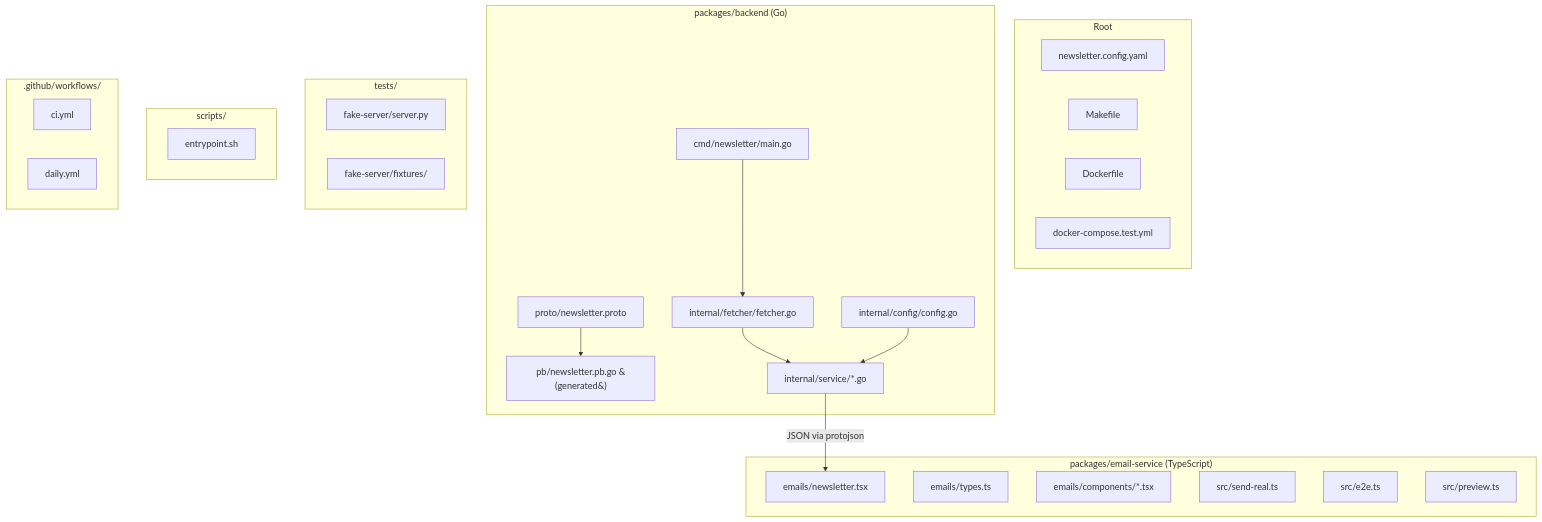
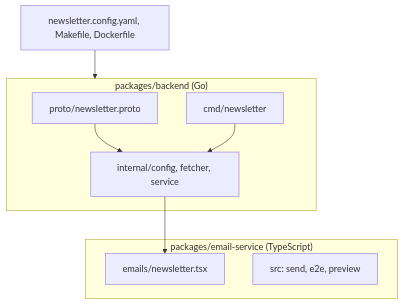
One commit to ziyixi/newsletter changed the second of 2 diagrams in README.md. Above: the diagram before and after it, drawn with Mermaid. The commit also changed other lines of this file and 5 other files, not shown here.

First line of the commit message:
chore: update .gitignore, Dockerfile, Makefile, and README for Go backend improvements

````diff
--- a/README.md
+++ b/README.md
@@ -120,46 +110,18 @@
 ```mermaid
-graph TD
-    subgraph "Root"
-        Config["newsletter.config.yaml"]
-        Make["Makefile"]
-        Docker["Dockerfile"]
-        Compose["docker-compose.test.yml"]
+flowchart TB
+    subgraph backend["packages/backend (Go)"]
+        Proto[proto/newsletter.proto]
+        CMD[cmd/newsletter]
+        Internal[internal/config, fetcher, service]
     end
 
-    subgraph "packages/backend (Go)"
-        Proto["proto/newsletter.proto"]
-        PB["pb/newsletter.pb.go &#40;generated&#41;"]
-        CMD["cmd/newsletter/main.go"]
-        CFG["internal/config/config.go"]
-        Fetcher["internal/fetcher/fetcher.go"]
-        SVC["internal/service/*.go"]
+    subgraph email["packages/email-service (TypeScript)"]
+        Template[emails/newsletter.tsx]
+        Scripts[src: send, e2e, preview]
     end
 
-    subgraph "packages/email-service (TypeScript)"
-        Emails["emails/newsletter.tsx"]
-        Types["emails/types.ts"]
-        Sections["emails/components/*.tsx"]
-        Send["src/send-real.ts"]
-        E2E["src/e2e.ts"]
-        Preview["src/preview.ts"]
-    end
-
-    subgraph "tests/"
-        Fake["fake-server/server.py"]
-        Fixtures["fake-server/fixtures/"]
-    end
-
-    subgraph "scripts/"
-        Entry["entrypoint.sh"]
-    end
-
-    subgraph ".github/workflows/"
-        CI["ci.yml"]
-        Daily["daily.yml"]
-    end
-
-    Proto --> PB
-    CMD --> Fetcher --> SVC
-    SVC --> |"JSON via protojson"| Emails
-    CFG --> SVC
+    Root[newsletter.config.yaml, Makefile, Dockerfile] --> backend
+    Proto --> Internal
+    CMD --> Internal
+    Internal --> Template
 ```
````
